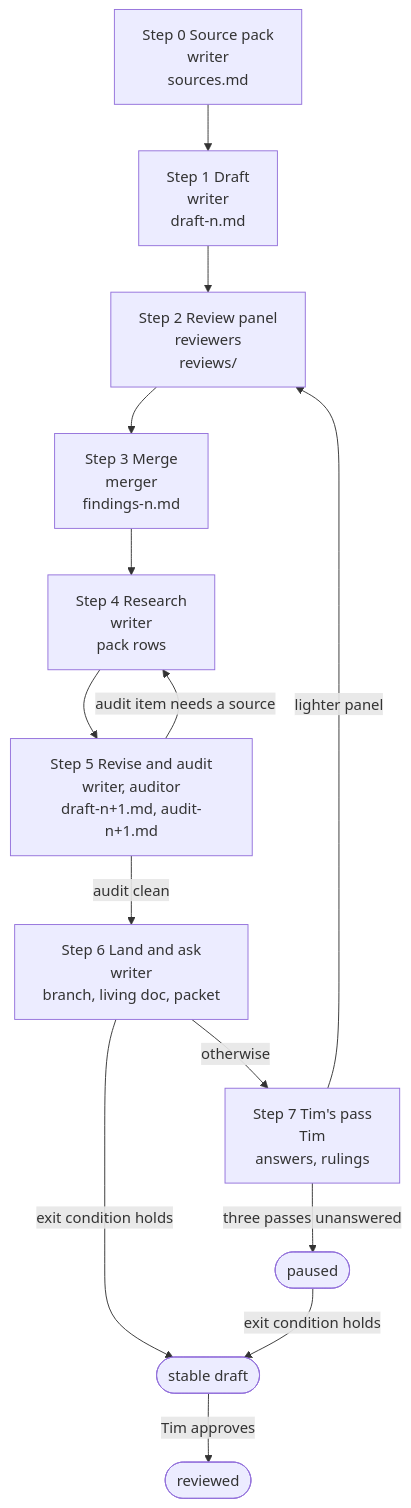
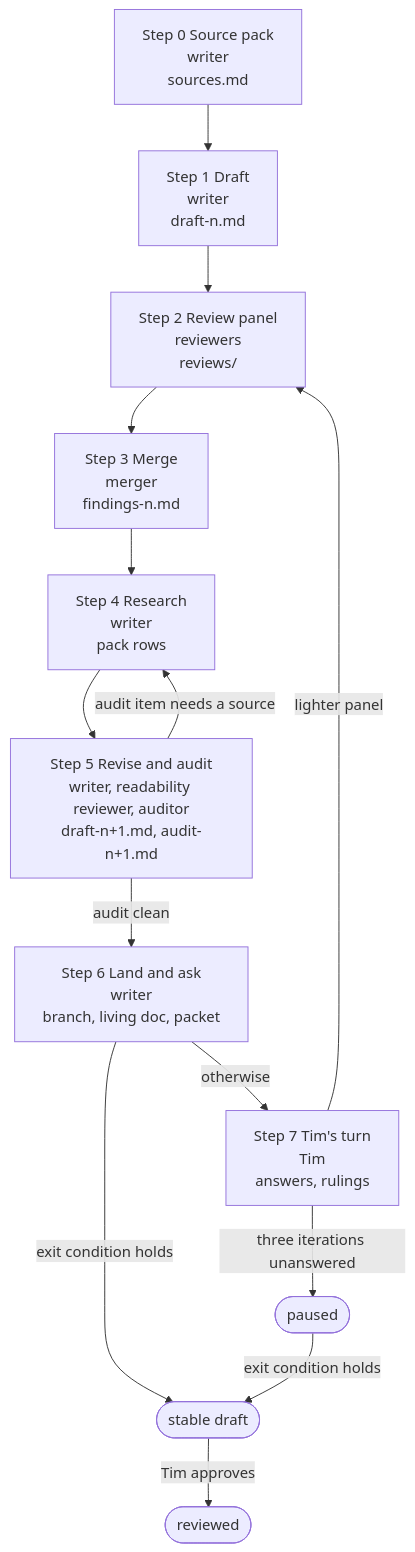
The diagram in PROCESS.md (mithro/open-silicon-hitlist), drawn with Mermaid before and after one commit. The commit also changed other lines of this file and 2 other files, not shown here.

First line of the commit message:
Guidelines draft 4, round 9c: readability

````diff
--- a/PROCESS.md
+++ b/PROCESS.md
@@ -33,16 +33,16 @@
 ```mermaid
 flowchart TD
   S0["Step 0 Source pack<br/>writer<br/>sources.md"] --> S1["Step 1 Draft<br/>writer<br/>draft-n.md"]
   S1 --> S2["Step 2 Review panel<br/>reviewers<br/>reviews/"]
   S2 --> S3["Step 3 Merge<br/>merger<br/>findings-n.md"]
   S3 --> S4["Step 4 Research<br/>writer<br/>pack rows"]
-  S4 --> S5["Step 5 Revise and audit<br/>writer, auditor<br/>draft-n+1.md, audit-n+1.md"]
+  S4 --> S5["Step 5 Revise and audit<br/>writer, readability reviewer, auditor<br/>draft-n+1.md, audit-n+1.md"]
   S5 -->|audit item needs a source| S4
   S5 -->|audit clean| S6["Step 6 Land and ask<br/>writer<br/>branch, living doc, packet"]
   S6 -->|exit condition holds| ST(["stable draft"])
-  S6 -->|otherwise| S7["Step 7 Tim's pass<br/>Tim<br/>answers, rulings"]
+  S6 -->|otherwise| S7["Step 7 Tim's turn<br/>Tim<br/>answers, rulings"]
   S7 -->|lighter panel| S2
-  S7 -->|three passes unanswered| PA(["paused"])
+  S7 -->|three iterations unanswered| PA(["paused"])
   PA -->|exit condition holds| ST
   ST -->|Tim approves| RV(["reviewed"])
 ```
````
